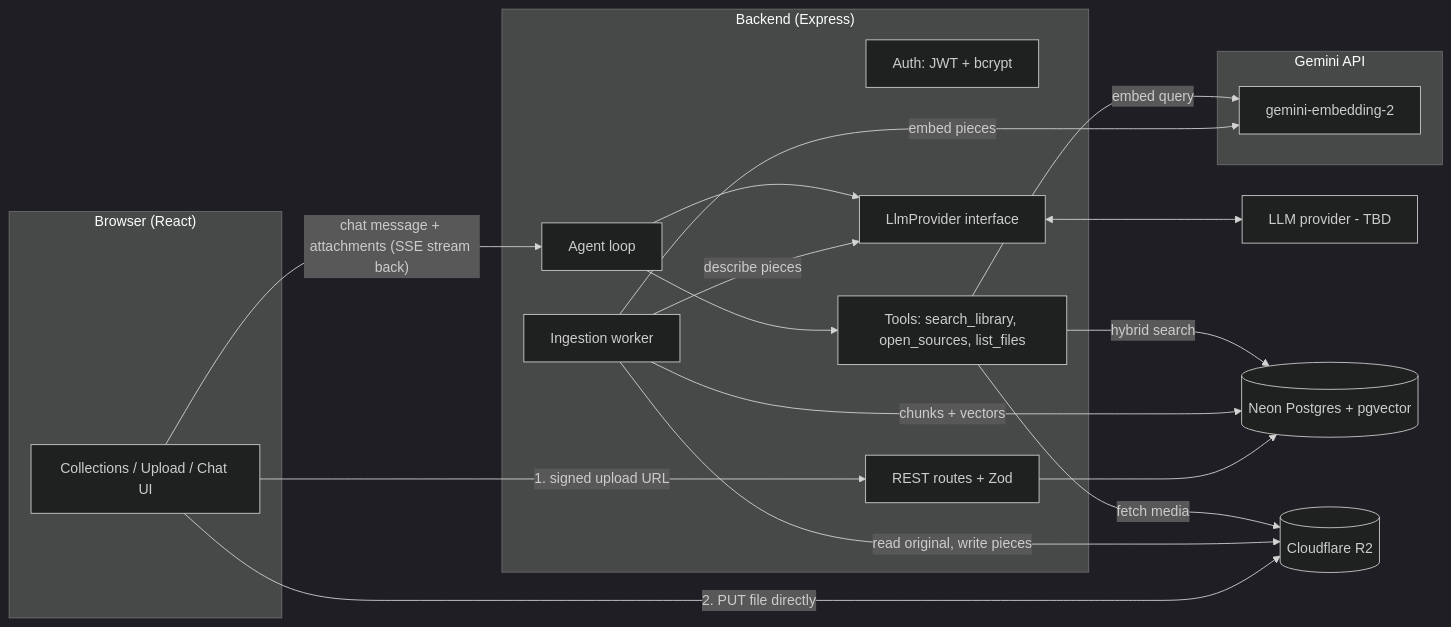
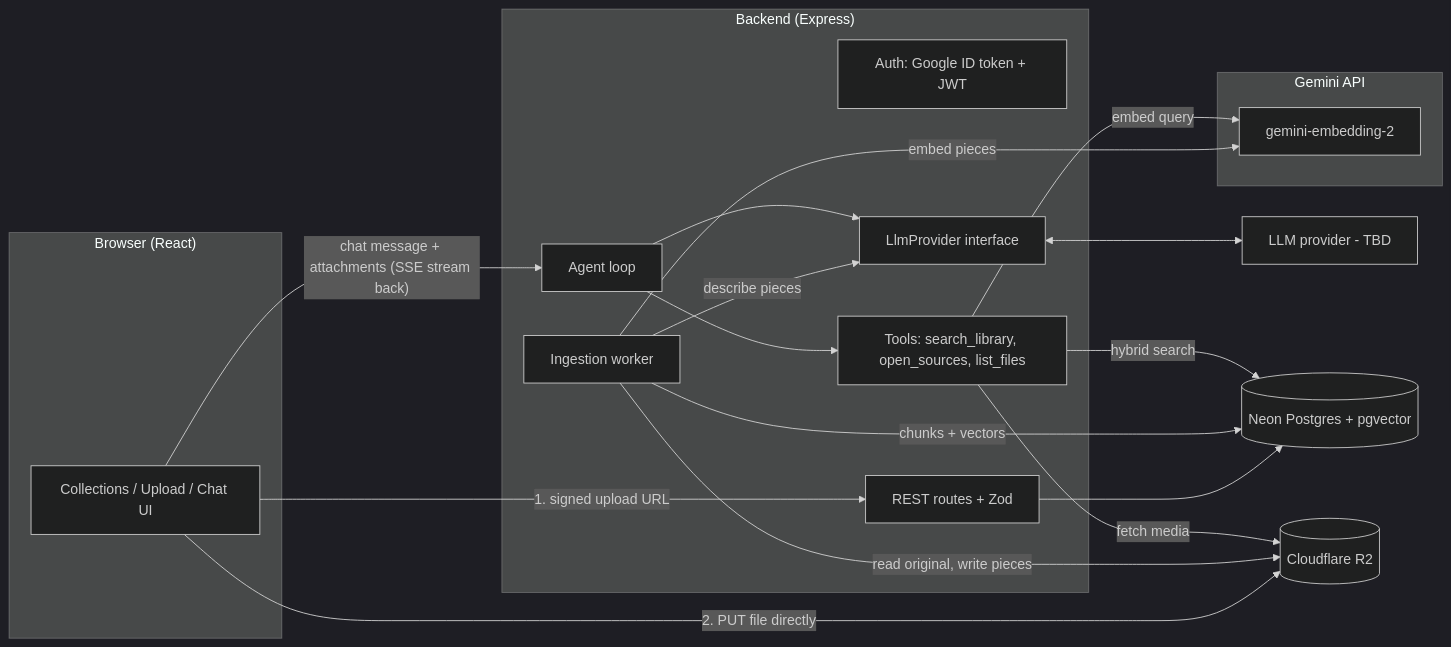
The first of 3 diagrams in docs/ARCHITECTURE.md (lagoonitself/recall), drawn with Mermaid (dark theme) before and after one commit. The commit also changed other lines of this file and 10 other files, not shown here.

First line of the commit message:
feat(auth): Google-only sign-in (D22)

````diff
--- a/docs/ARCHITECTURE.md
+++ b/docs/ARCHITECTURE.md
@@ -41,39 +41,39 @@
 ```mermaid
 flowchart LR
     subgraph Browser["Browser (React)"]
         UI[Collections / Upload / Chat UI]
     end
 
     subgraph API["Backend (Express)"]
-        AUTH[Auth: JWT + bcrypt]
+        AUTH[Auth: Google ID token + JWT]
         ROUTES[REST routes + Zod]
         AGENT[Agent loop]
         TOOLS[Tools: search_library, open_sources, list_files]
         WORKER[Ingestion worker]
         PROV[LlmProvider interface]
     end
 
     subgraph Google["Gemini API"]
         EMB[gemini-embedding-2]
     end
 
     LLM[LLM provider - TBD]
 
     DB[(Neon Postgres + pgvector)]
     R2[(Cloudflare R2)]
 
     UI -- "1. signed upload URL" --> ROUTES
     UI -- "2. PUT file directly" --> R2
     UI -- "chat message + attachments (SSE stream back)" --> AGENT
     ROUTES --> DB
     WORKER -- "read original, write pieces" --> R2
     WORKER -- "embed pieces" --> EMB
     WORKER -- "describe pieces" --> PROV
     WORKER -- "chunks + vectors" --> DB
     AGENT --> PROV
     PROV <--> LLM
     AGENT --> TOOLS
     TOOLS -- "embed query" --> EMB
     TOOLS -- "hybrid search" --> DB
     TOOLS -- "fetch media" --> R2
 ```
````
